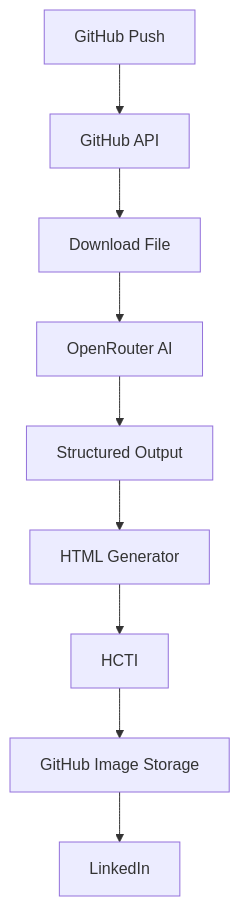
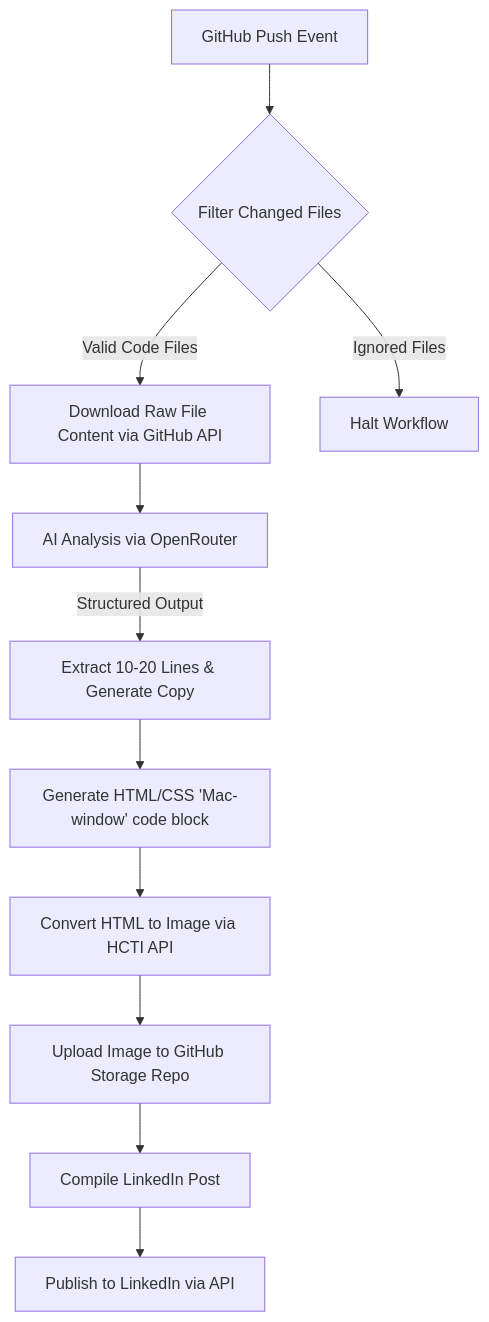
One commit to RishvinReddy/n8n-ai-github-code-to-linkedin-publisher changed the first of 4 diagrams in README.md. Above: the diagram before and after it, drawn with Mermaid. The commit also changed other lines of this file, not shown here.

Commit message:
docs: revamp README without emojis, add diagrams and new sections

````diff
--- a/README.md
+++ b/README.md
@@ -31,11 +35,17 @@
 ```mermaid
 graph TD
-    A[GitHub Push] --> B[GitHub API]
-    B --> C[Download File]
-    C --> D[OpenRouter AI]
-    D --> E[Structured Output]
-    E --> F[HTML Generator]
-    F --> G[HCTI]
-    G --> H[GitHub Image Storage]
-    H --> I[LinkedIn]
+    A[GitHub Push Event] --> B{Filter Changed Files}
+    B -- Valid Code Files --> C[Download Raw File Content via GitHub API]
+    B -- Ignored Files --> D[Halt Workflow]
+    
+    C --> E[AI Analysis via OpenRouter]
+    E -->|Structured Output| F[Extract 10-20 Lines & Generate Copy]
+    
+    F --> G[Generate HTML/CSS 'Mac-window' code block]
+    G --> H[Convert HTML to Image via HCTI API]
+    
+    H --> I[Upload Image to GitHub Storage Repo]
+    I --> J[Compile LinkedIn Post]
+    
+    J --> K[Publish to LinkedIn via API]
 ```
````
